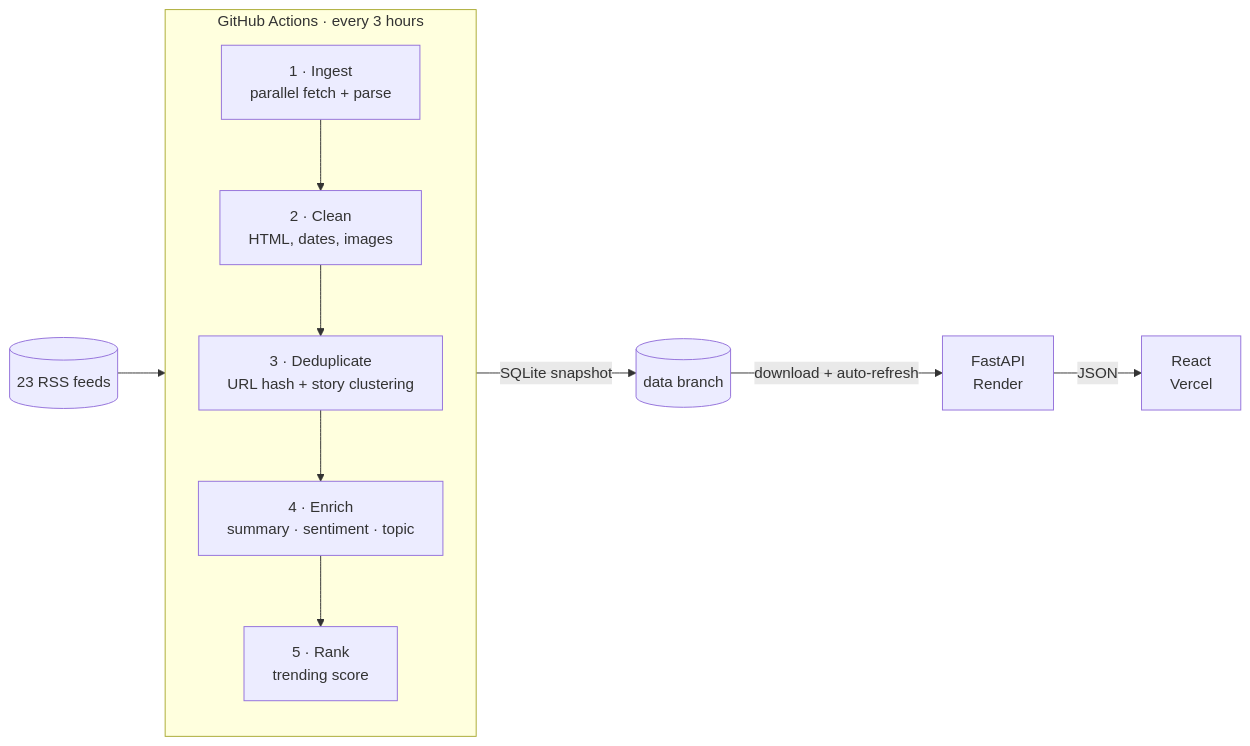
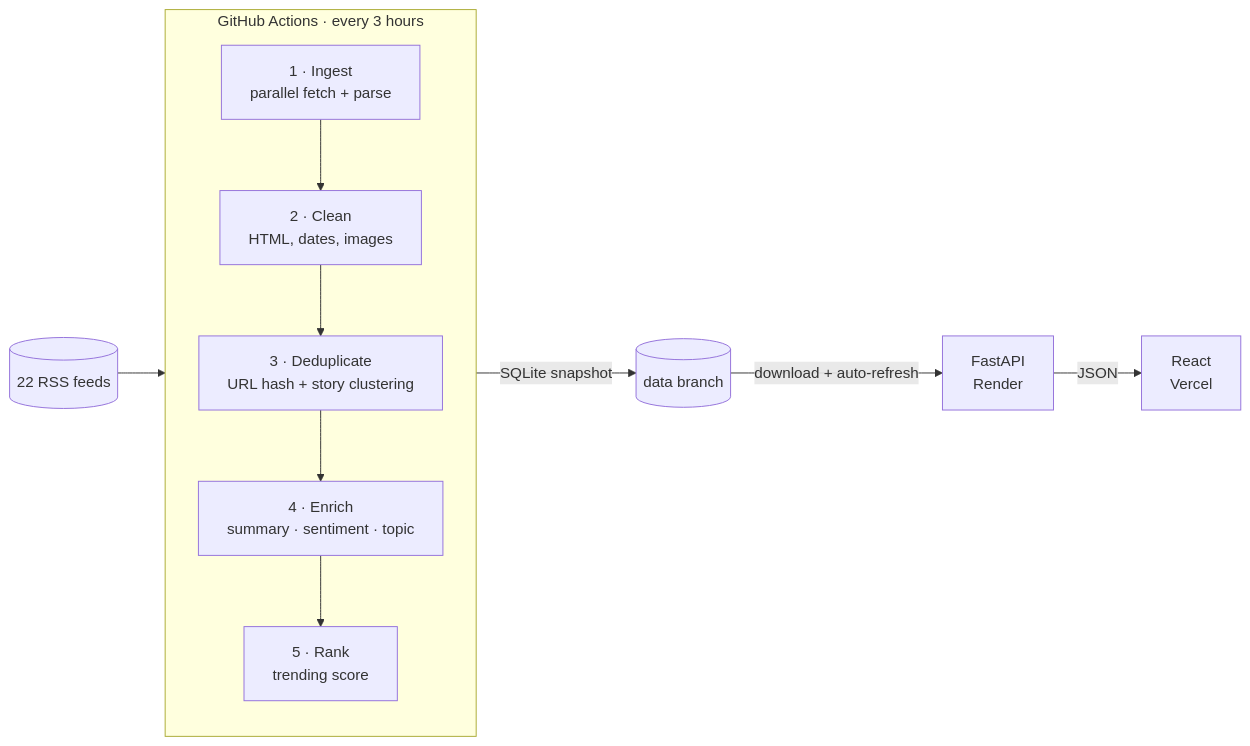
One commit to SharmaAstitva/pulsewire changed the diagram in README.md. Above: the diagram before and after it, drawn with Mermaid. The commit also changed other lines of this file and 20 other files, not shown here.

````diff
--- a/README.md
+++ b/README.md
@@ -37,16 +40,16 @@
 ```mermaid
 flowchart LR
-    RSS[("23 RSS feeds")] --> GA
+    RSS[("22 RSS feeds")] --> GA
 
     subgraph GA["GitHub Actions · every 3 hours"]
         direction TB
         I["1 · Ingest<br/>parallel fetch + parse"] --> C["2 · Clean<br/>HTML, dates, images"]
         C --> D["3 · Deduplicate<br/>URL hash + story clustering"]
         D --> E["4 · Enrich<br/>summary · sentiment · topic"]
         E --> R["5 · Rank<br/>trending score"]
     end
 
     GA -->|"SQLite snapshot"| DB[("data branch")]
     DB -->|"download + auto-refresh"| API["FastAPI<br/>Render"]
     API -->|"JSON"| WEB["React<br/>Vercel"]
 ```
````
